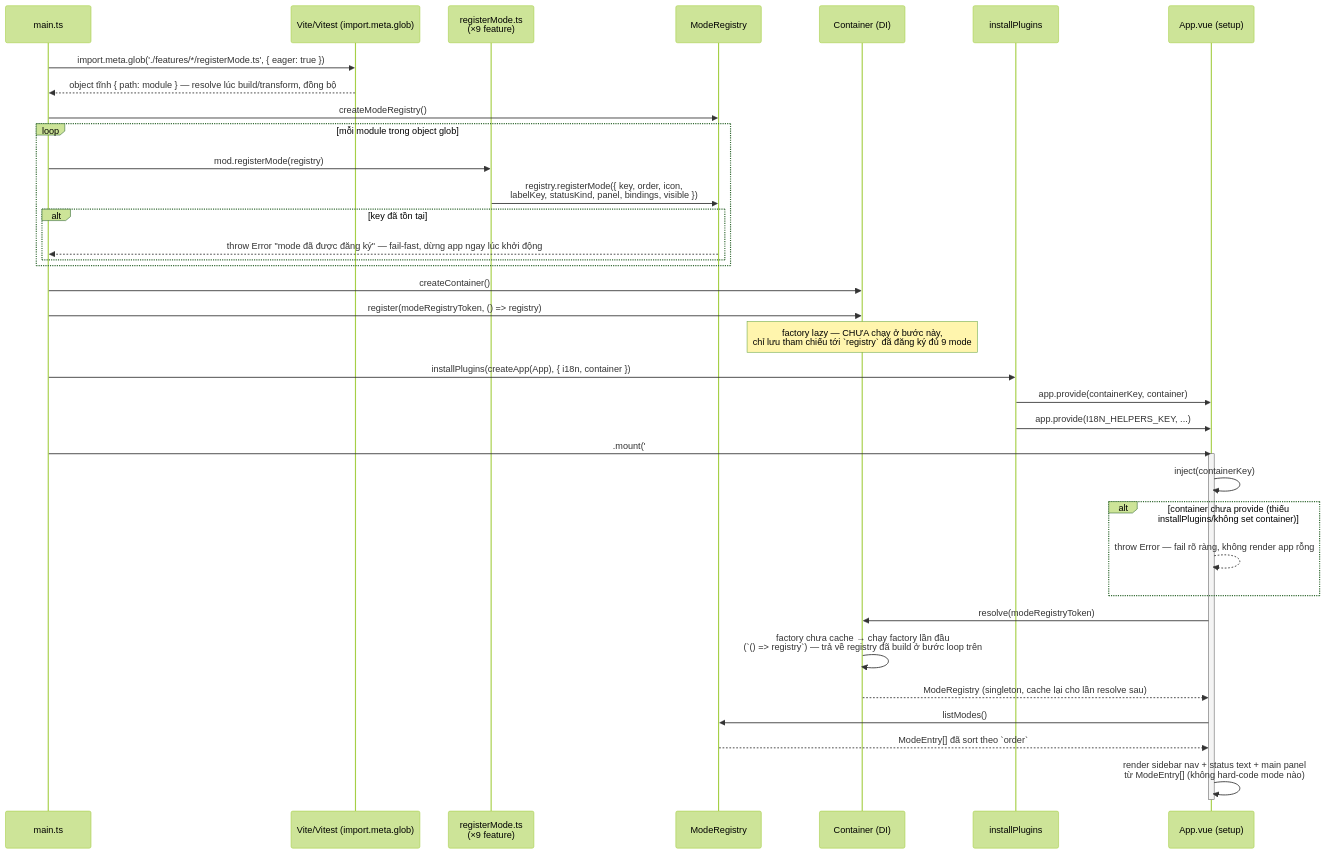
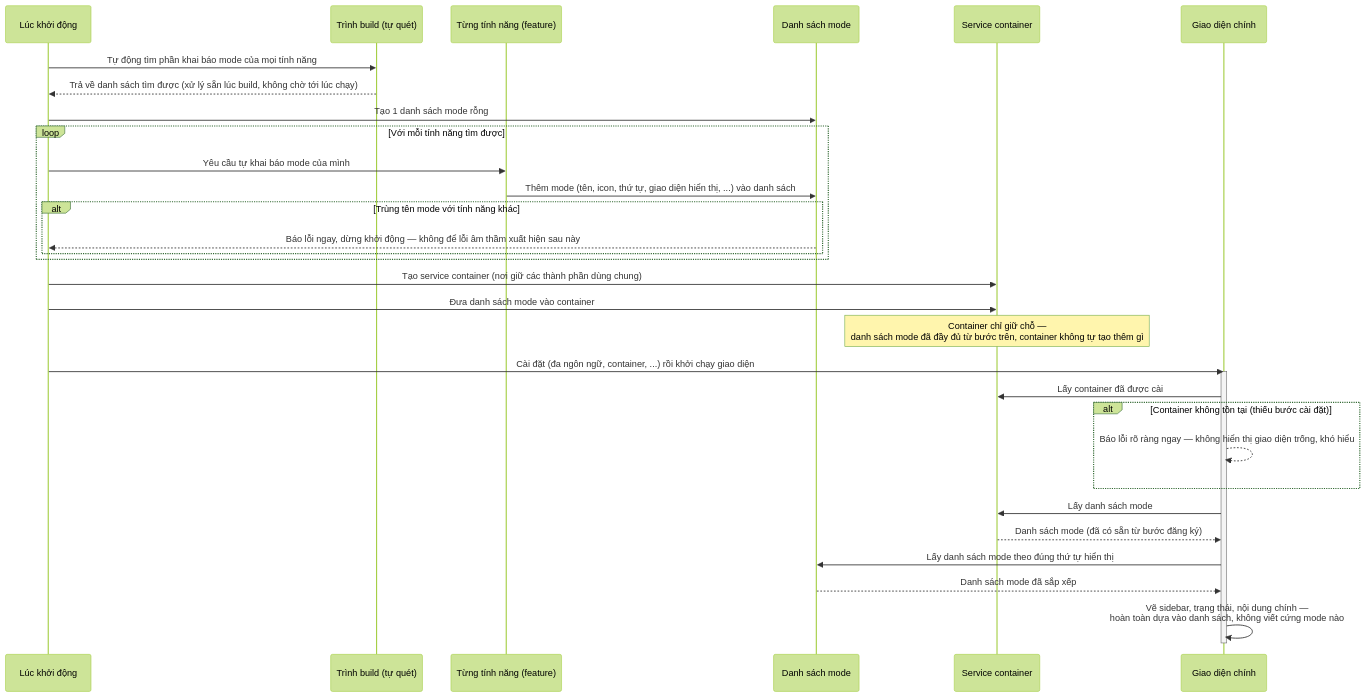
One commit to naut1402/agent-workflow changed the first of 2 diagrams in docs/diagram/IoC.md. Above: the diagram before and after it, drawn with Mermaid (forest theme). The commit also changed other lines of this file, not shown here.

Commit message:
docs(shell): viết lại IoC.md theo phong cách hướng người đọc, hạn chế chi tiết code

````diff
--- a/docs/diagram/IoC.md
+++ b/docs/diagram/IoC.md
@@ -9,45 +9,39 @@
 ```mermaid
 sequenceDiagram
-    participant main as main.ts
-    participant vite as Vite/Vitest (import.meta.glob)
-    participant rm as registerMode.ts<br/>(×9 feature)
-    participant registry as ModeRegistry
-    participant container as Container (DI)
-    participant plugins as installPlugins
-    participant app as App.vue (setup)
+    participant main as Lúc khởi động
+    participant scan as Trình build (tự quét)
+    participant feature as Từng tính năng (feature)
+    participant registry as Danh sách mode
+    participant container as Service container
+    participant app as Giao diện chính
 
-    main->>vite: import.meta.glob('./features/*/registerMode.ts', { eager: true })
-    vite-->>main: object tĩnh { path: module } — resolve lúc build/transform, đồng bộ
-    main->>registry: createModeRegistry()
+    main->>scan: Tự động tìm phần khai báo mode của mọi tính năng
+    scan-->>main: Trả về danh sách tìm được (xử lý sẵn lúc build, không chờ tới lúc chạy)
+    main->>registry: Tạo 1 danh sách mode rỗng
 
-    loop mỗi module trong object glob
-        main->>rm: mod.registerMode(registry)
-        rm->>registry: registry.registerMode({ key, order, icon,<br/>labelKey, statusKind, panel, bindings, visible })
-        alt key đã tồn tại
-            registry-->>main: throw Error "mode đã được đăng ký" — fail-fast, dừng app ngay lúc khởi động
+    loop Với mỗi tính năng tìm được
+        main->>feature: Yêu cầu tự khai báo mode của mình
+        feature->>registry: Thêm mode (tên, icon, thứ tự, giao diện hiển thị, ...) vào danh sách
+        alt Trùng tên mode với tính năng khác
+            registry-->>main: Báo lỗi ngay, dừng khởi động — không để lỗi âm thầm xuất hiện sau này
         end
     end
 
-    main->>container: createContainer()
-    main->>container: register(modeRegistryToken, () => registry)
-    Note over container: factory lazy — CHƯA chạy ở bước này,<br/>chỉ lưu tham chiếu tới `registry` đã đăng ký đủ 9 mode
+    main->>container: Tạo service container (nơi giữ các thành phần dùng chung)
+    main->>container: Đưa danh sách mode vào container
+    Note over container: Container chỉ giữ chỗ —<br/>danh sách mode đã đầy đủ từ bước trên, container không tự tạo thêm gì
 
-    main->>plugins: installPlugins(createApp(App), { i18n, container })
-    plugins->>app: app.provide(containerKey, container)
-    plugins->>app: app.provide(I18N_HELPERS_KEY, ...)
-
-    main->>app: .mount('#app')
+    main->>app: Cài đặt (đa ngôn ngữ, container, ...) rồi khởi chạy giao diện
 
     activate app
-    app->>app: inject(containerKey)
-    alt container chưa provide (thiếu installPlugins/không set container)
-        app-->>app: throw Error — fail rõ ràng, không render app rỗng
+    app->>container: Lấy container đã được cài
+    alt Container không tồn tại (thiếu bước cài đặt)
+        app-->>app: Báo lỗi rõ ràng ngay — không hiển thị giao diện trống, khó hiểu
     end
-    app->>container: resolve(modeRegistryToken)
-    container->>container: factory chưa cache → chạy factory lần đầu<br/>(`() => registry`) — trả về registry đã build ở bước loop trên
-    container-->>app: ModeRegistry (singleton, cache lại cho lần resolve sau)
-    app->>registry: listModes()
-    registry-->>app: ModeEntry[] đã sort theo `order`
-    app->>app: render sidebar nav + status text + main panel<br/>từ ModeEntry[] (không hard-code mode nào)
+    app->>container: Lấy danh sách mode
+    container-->>app: Danh sách mode (đã có sẵn từ bước đăng ký)
+    app->>registry: Lấy danh sách mode theo đúng thứ tự hiển thị
+    registry-->>app: Danh sách mode đã sắp xếp
+    app->>app: Vẽ sidebar, trạng thái, nội dung chính —<br/>hoàn toàn dựa vào danh sách, không viết cứng mode nào
     deactivate app
 ```
````
